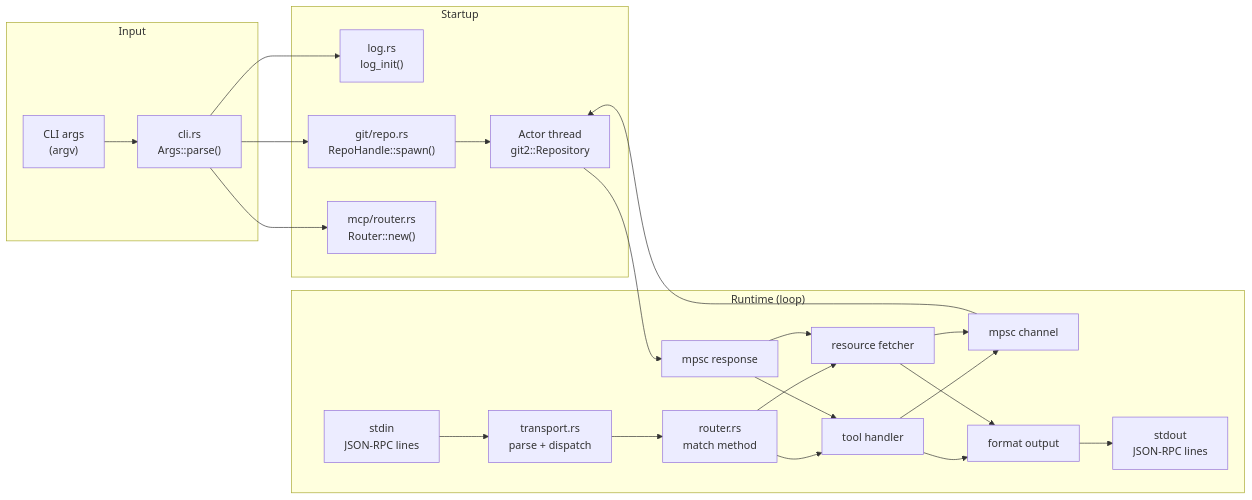
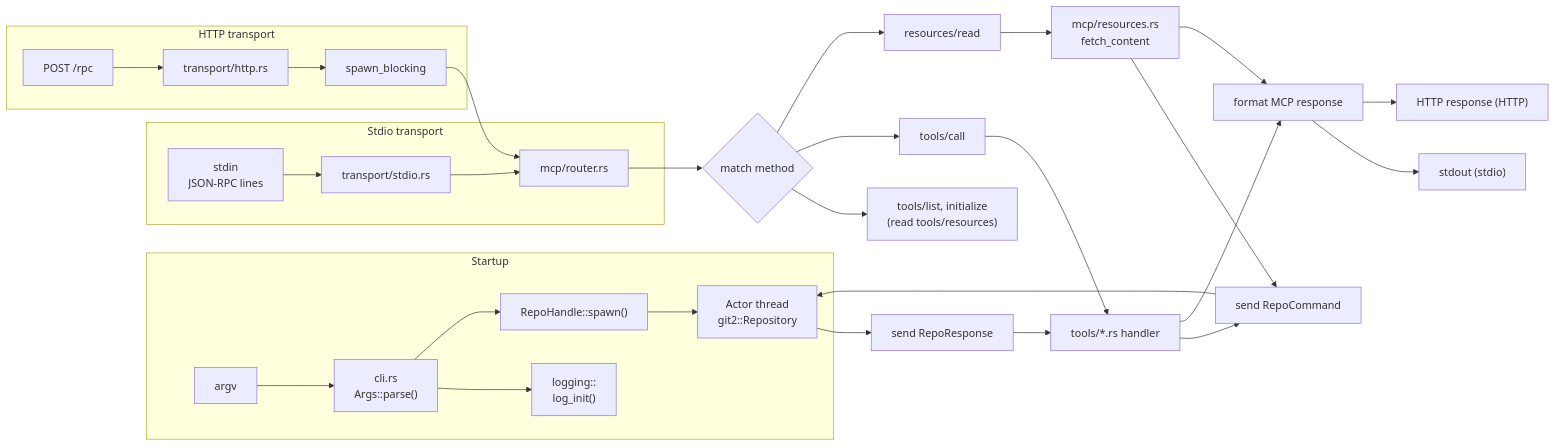
One commit to pritam12426/gitforge changed the sixth of 9 diagrams in DEV_IN_DEPTH.md. Above: the diagram before and after it, drawn with Mermaid. The commit also changed other lines of this file and 46 other files, not shown here.

First line of the commit message:
refactor: restructure to library crate, add HTTP transport and 4 git tools

````diff
--- a/DEV_IN_DEPTH.md
+++ b/DEV_IN_DEPTH.md
@@ -423,29 +723,40 @@
 ```mermaid
 flowchart LR
-    subgraph Input
-        A["CLI args<br/>(argv)"] --> B["cli.rs<br/>Args::parse()"]
+    subgraph Input["Startup"]
+        A["argv"] --> B["cli.rs<br/>Args::parse()"]
+        B --> C["logging::<br/>log_init()"]
+        B --> D["RepoHandle::spawn()"]
+        D --> E["</> Actor thread<br/>git2::Repository"]
     end
 
-    subgraph Startup
-        B --> C["log.rs<br/>log_init()"]
-        B --> D["git/repo.rs<br/>RepoHandle::spawn()"]
-        D --> E["</> Actor thread<br/>git2::Repository"]
-        B --> F["mcp/router.rs<br/>Router::new()"]
+    subgraph Stdio["Stdio transport"]
+        F["stdin<br/>JSON-RPC lines"] --> G["transport/stdio.rs"]
+        G --> H["mcp/router.rs"]
     end
 
-    subgraph Runtime["Runtime (loop)"]
-        G["stdin<br/>JSON-RPC lines"] --> H["transport.rs<br/>parse + dispatch"]
-        H --> I["router.rs<br/>match method"]
-        I --> J["tool handler"]
-        I --> K["resource fetcher"]
-        J --> L["mpsc channel"]
-        K --> L
-        L --> E
-        E --> M["mpsc response"]
-        M --> J
-        M --> K
-        J --> N["format output"]
-        K --> N
-        N --> O["stdout<br/>JSON-RPC lines"]
+    subgraph Http["HTTP transport"]
+        I["POST /rpc"] --> J["transport/http.rs"]
+        J --> K["spawn_blocking"]
+        K --> H
     end
+
+    H --> L{"match method"}
+    L --> M["tools/list, initialize<br/>(read tools/resources)"]
+    L --> N["tools/call"]
+    L --> O["resources/read"]
+
+    N --> P["tools/*.rs handler"]
+    P --> Q["send RepoCommand"]
+    Q --> E
+    E --> R["send RepoResponse"]
+    R --> P
+
+    O --> S["mcp/resources.rs<br/>fetch_content"]
+    S --> Q
+
+    P --> T["format MCP response"]
+    S --> T
+
+    T --> U["stdout (stdio)"]
+    T --> V["HTTP response (HTTP)"]
 ```
````
